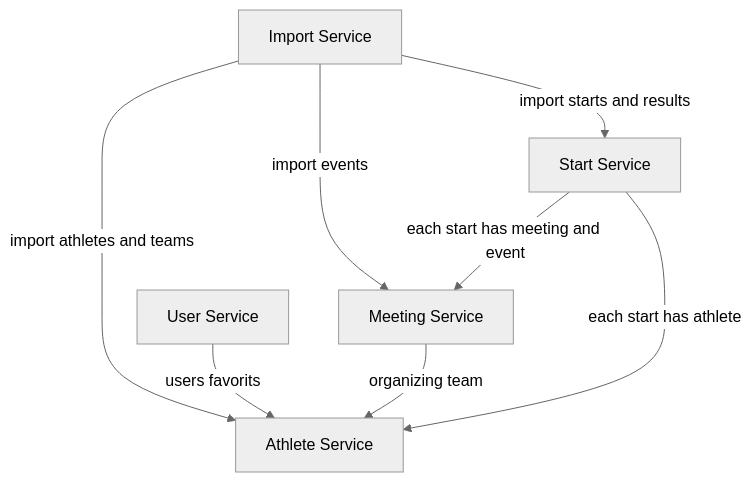
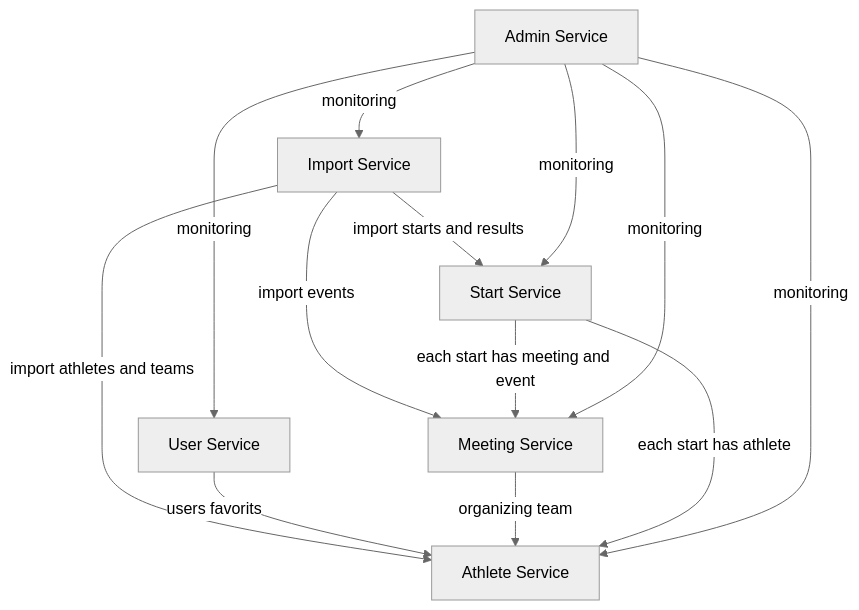
One commit to SwimResults/SwimResults changed the diagram in README.md. Above: the diagram before and after it, drawn with Mermaid (neutral theme). The commit also changed other lines of this file, not shown here.

````diff
--- a/README.md
+++ b/README.md
@@ -114,16 +120,22 @@
 ```mermaid
 flowchart TD
     A[Import Service]
     B[Athlete Service]
     C[User Service]
     D[Meeting Service]
     E[Start Service]
+    F[Admin Service]
     
     A --> |import events| D
     A --> |import athletes and teams| B
     A --> |import starts and results| E
     C --> |users favorits| B
     D --> |organizing team| B
     E --> |each start has athlete| B
     E --> |each start has meeting and event| D
+    F --> |monitoring| A
+    F --> |monitoring| B
+    F --> |monitoring| C
+    F --> |monitoring| D
+    F --> |monitoring| E
 ```
````
